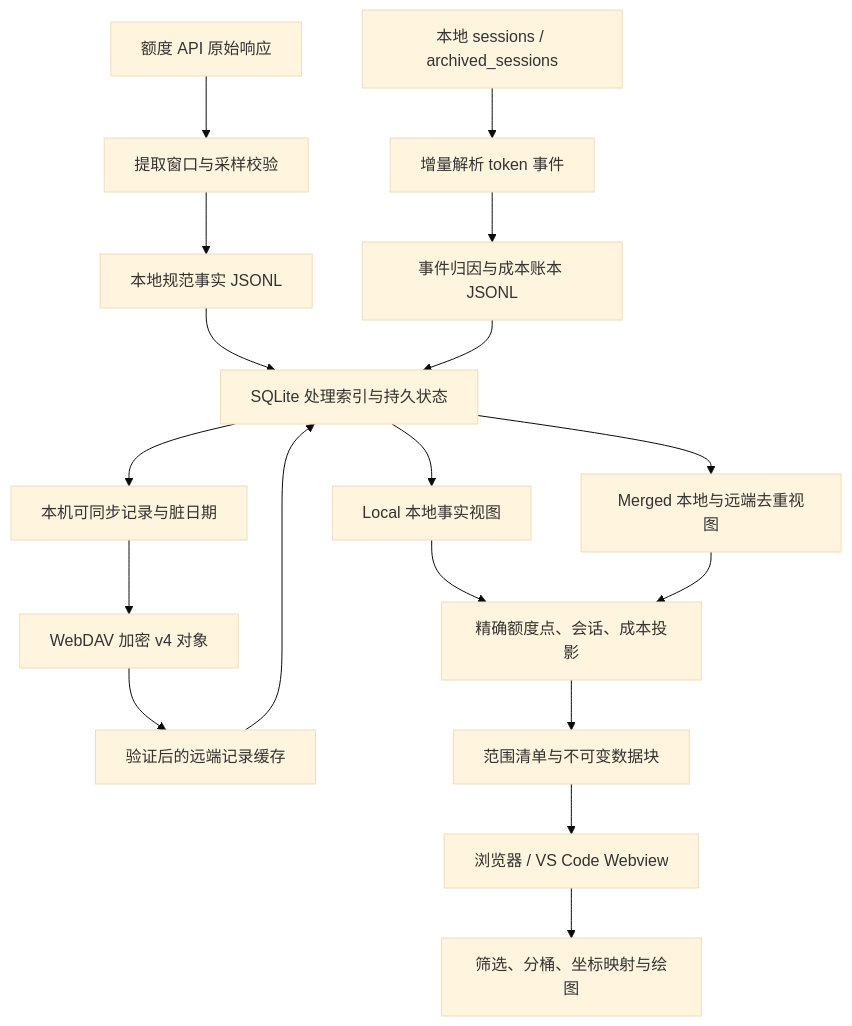
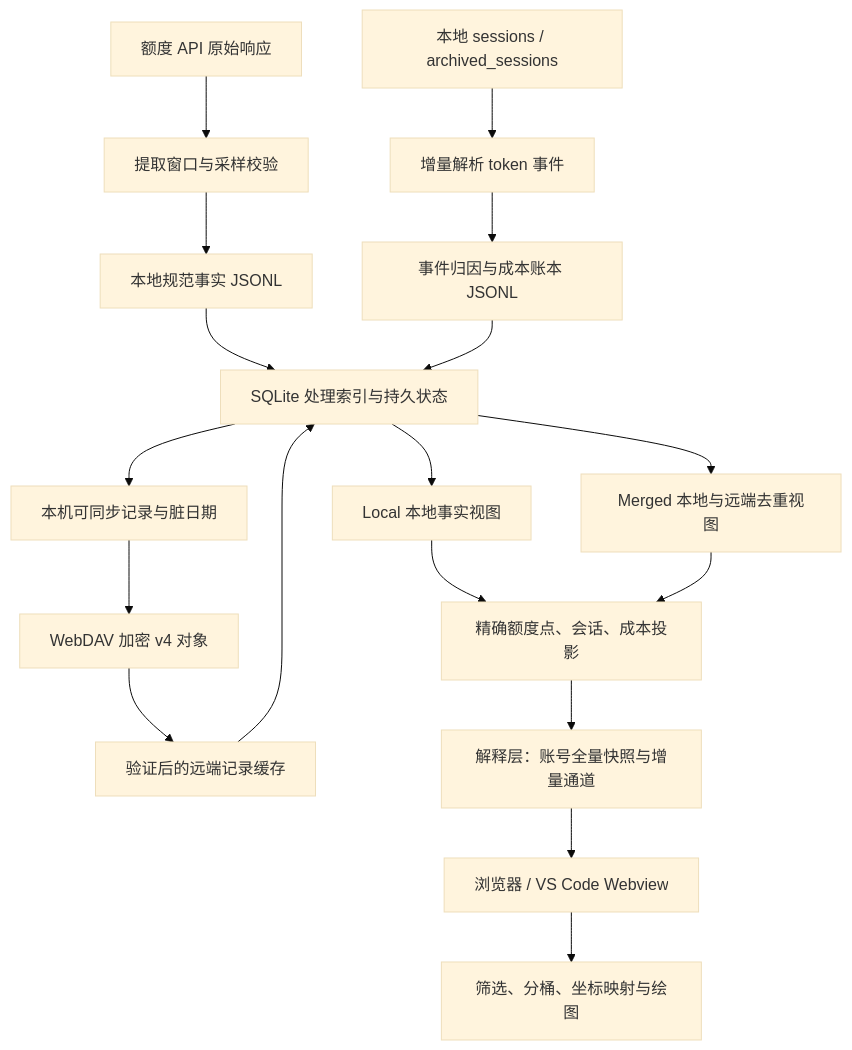
The diagram in data-pipeline.zh-CN.md (LenorEric/codex-monitor), drawn with Mermaid (base theme) before and after one commit. The commit also changed other lines of this file and 48 other files, not shown here.

````diff
--- a/data-pipeline.zh-CN.md
+++ b/data-pipeline.zh-CN.md
@@ -9,20 +9,20 @@
 ```mermaid
 flowchart TD
     API[额度 API 原始响应] --> Q[提取窗口与采样校验]
     SESSION[本地 sessions / archived_sessions] --> P[增量解析 token 事件]
     Q --> FACT[本地规范事实 JSONL]
     P --> LEDGER[事件归因与成本账本 JSONL]
     FACT --> DB[SQLite 处理索引与持久状态]
     LEDGER --> DB
     DB --> PUB[本机可同步记录与脏日期]
     PUB --> CLOUD[WebDAV 加密 v4 对象]
     CLOUD --> PEER[验证后的远端记录缓存]
     PEER --> DB
     DB --> LOCAL[Local 本地事实视图]
     DB --> MERGED[Merged 本地与远端去重视图]
     LOCAL --> EXACT[精确额度点、会话、成本投影]
     MERGED --> EXACT
-    EXACT --> DELIVERY[范围清单与不可变数据块]
+    EXACT --> DELIVERY[解释层：账号全量快照与增量通道]
     DELIVERY --> CLIENT[浏览器 / VS Code Webview]
     CLIENT --> UI[筛选、分桶、坐标映射与绘图]
 ```
````
